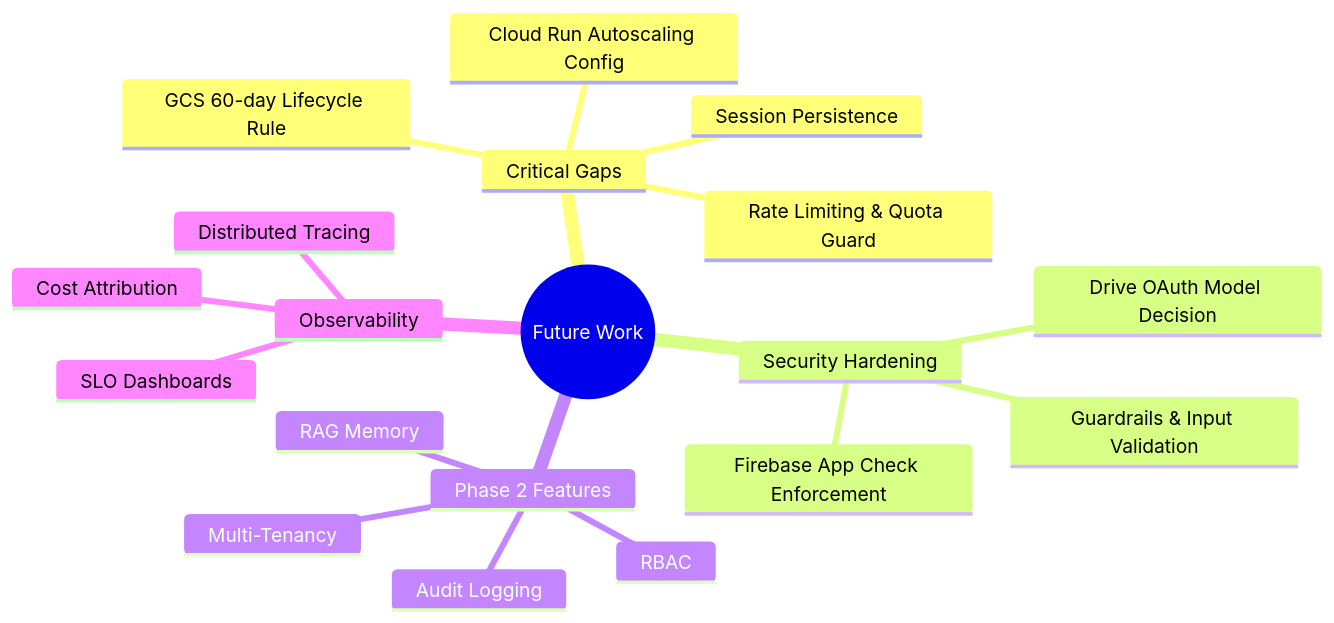
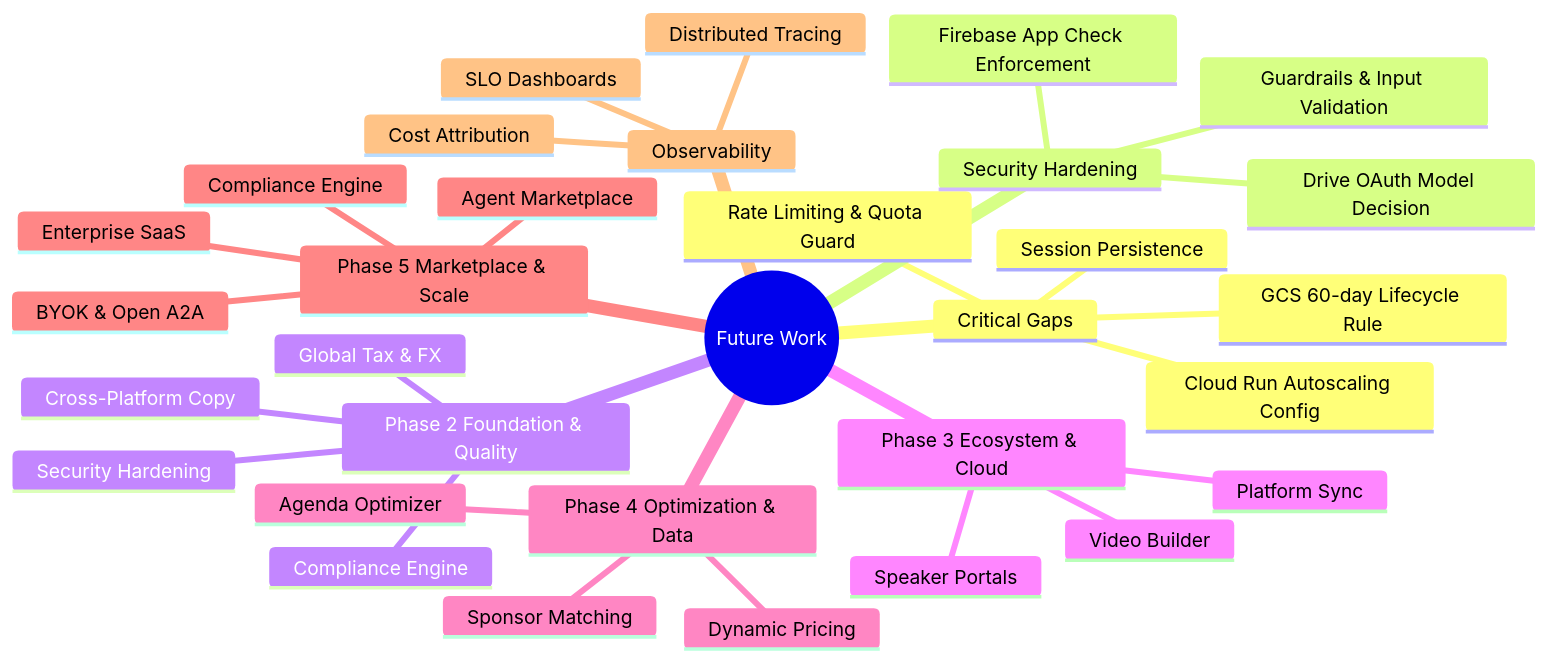
The first of 5 diagrams in docs/FUTURE_DEVELOPMENT.md (aplachykau-git/gdg_agents), drawn with Mermaid before and after one commit. The commit also changed other lines of this file, not shown here.

First line of the commit message:
docs: restructure roadmap into 5-phase plan aligned with product vision

````diff
--- a/docs/FUTURE_DEVELOPMENT.md
+++ b/docs/FUTURE_DEVELOPMENT.md
@@ -14,22 +14,35 @@
 ```mermaid
 mindmap
   root((Future Work))
     Critical Gaps
       GCS 60-day Lifecycle Rule
       Cloud Run Autoscaling Config
       Rate Limiting & Quota Guard
       Session Persistence
     Security Hardening
       Guardrails & Input Validation
       Drive OAuth Model Decision
       Firebase App Check Enforcement
-    Phase 2 Features
-      Multi-Tenancy
-      RBAC
-      RAG Memory
-      Audit Logging
+    Phase 2 Foundation & Quality
+      Global Tax & FX
+      Cross-Platform Copy
+      Security Hardening
+      Compliance Engine
+    Phase 3 Ecosystem & Cloud
+      Platform Sync
+      Speaker Portals
+      Video Builder
+    Phase 4 Optimization & Data
+      Agenda Optimizer
+      Sponsor Matching
+      Dynamic Pricing
+    Phase 5 Marketplace & Scale
+      Agent Marketplace
+      BYOK & Open A2A
+      Enterprise SaaS
+      Compliance Engine
     Observability
       Distributed Tracing
       Cost Attribution
       SLO Dashboards
 ```
````
